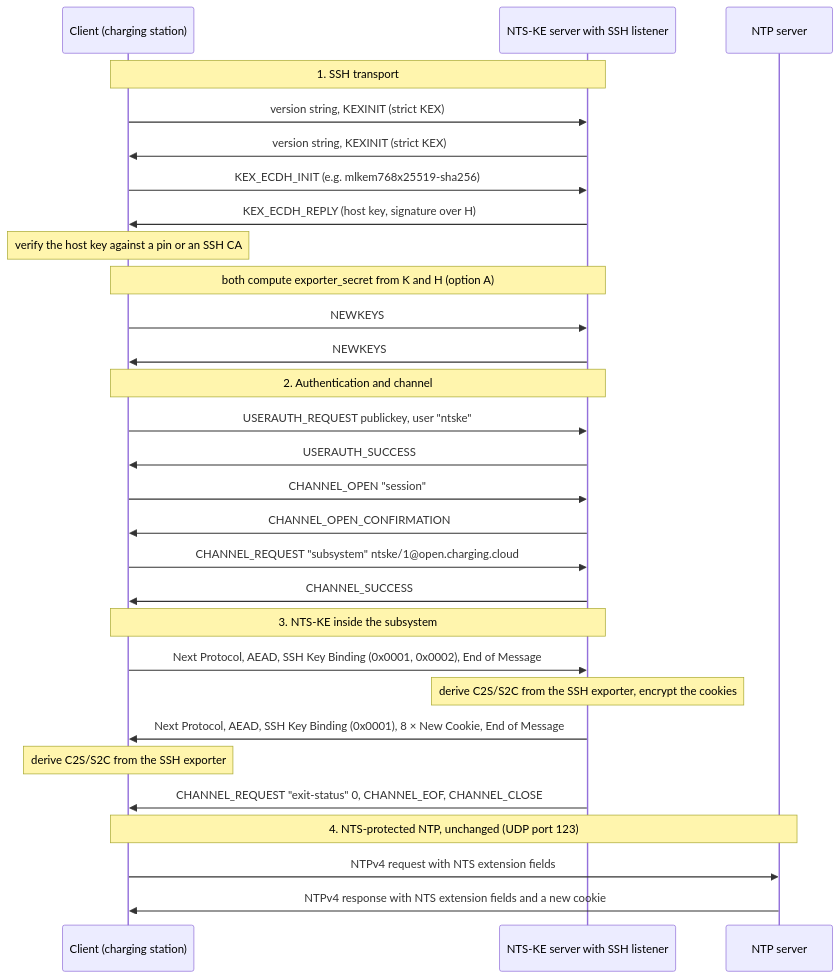
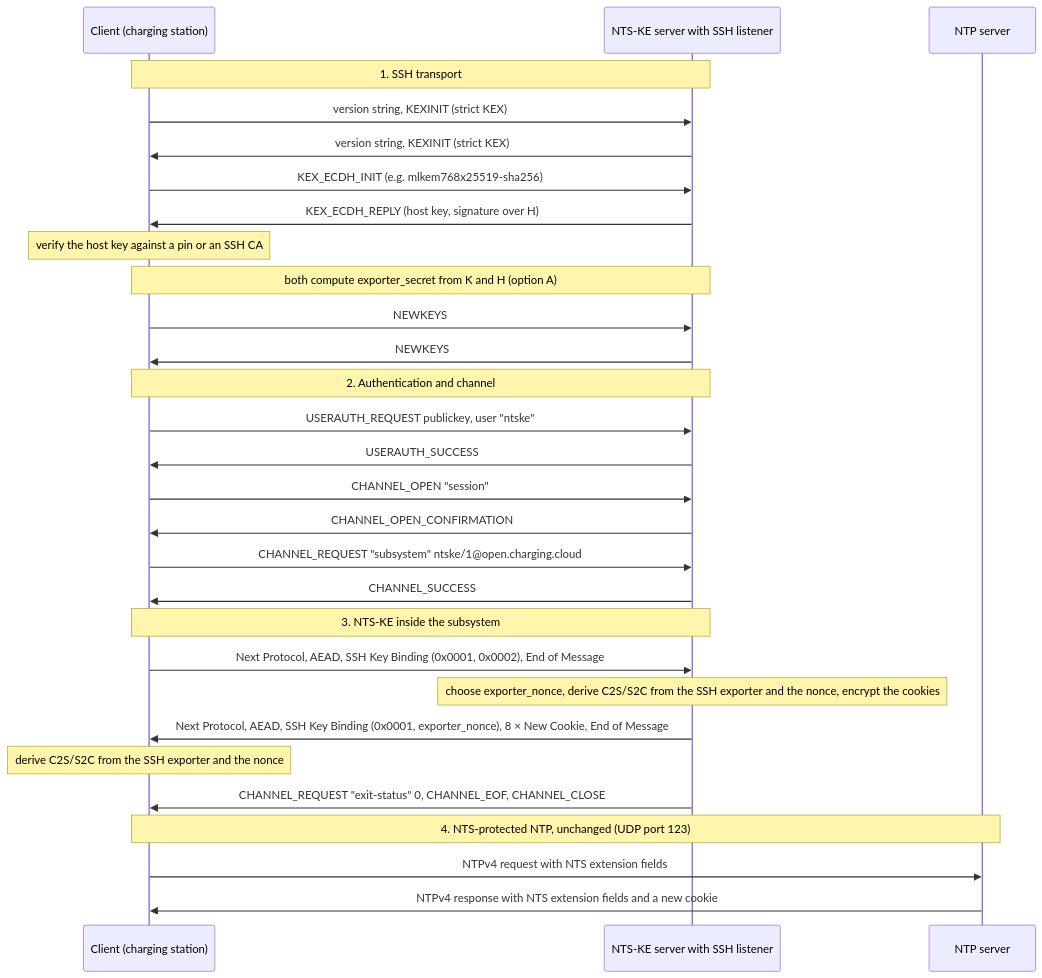
One commit to OpenChargingTechnology/Whitepapers changed the diagram in NTS-over-SSH/README.md. Above: the diagram before and after it, drawn with Mermaid. The commit also changed other lines of this file, not shown here.

````diff
--- a/NTS-over-SSH/README.md
+++ b/NTS-over-SSH/README.md
@@ -66,35 +66,35 @@
 ```mermaid
 sequenceDiagram
     participant C as Client (charging station)
     participant K as NTS-KE server with SSH listener
     participant N as NTP server
 
     Note over C,K: 1. SSH transport
     C->>K: version string, KEXINIT (strict KEX)
     K->>C: version string, KEXINIT (strict KEX)
     C->>K: KEX_ECDH_INIT (e.g. mlkem768x25519-sha256)
     K->>C: KEX_ECDH_REPLY (host key, signature over H)
     Note over C: verify the host key against a pin or an SSH CA
     Note over C,K: both compute exporter_secret from K and H (option A)
     C->>K: NEWKEYS
     K->>C: NEWKEYS
 
     Note over C,K: 2. Authentication and channel
     C->>K: USERAUTH_REQUEST publickey, user "ntske"
     K->>C: USERAUTH_SUCCESS
     C->>K: CHANNEL_OPEN "session"
     K->>C: CHANNEL_OPEN_CONFIRMATION
     C->>K: CHANNEL_REQUEST "subsystem" ntske/1@open.charging.cloud
     K->>C: CHANNEL_SUCCESS
 
     Note over C,K: 3. NTS-KE inside the subsystem
     C->>K: Next Protocol, AEAD, SSH Key Binding (0x0001, 0x0002), End of Message
-    Note over K: derive C2S/S2C from the SSH exporter, encrypt the cookies
-    K->>C: Next Protocol, AEAD, SSH Key Binding (0x0001), 8 × New Cookie, End of Message
-    Note over C: derive C2S/S2C from the SSH exporter
+    Note over K: choose exporter_nonce, derive C2S/S2C from the SSH exporter and the nonce, encrypt the cookies
+    K->>C: Next Protocol, AEAD, SSH Key Binding (0x0001, exporter_nonce), 8 × New Cookie, End of Message
+    Note over C: derive C2S/S2C from the SSH exporter and the nonce
     K->>C: CHANNEL_REQUEST "exit-status" 0, CHANNEL_EOF, CHANNEL_CLOSE
 
     Note over C,N: 4. NTS-protected NTP, unchanged (UDP port 123)
     C->>N: NTPv4 request with NTS extension fields
     N->>C: NTPv4 response with NTS extension fields and a new cookie
 ```
````
